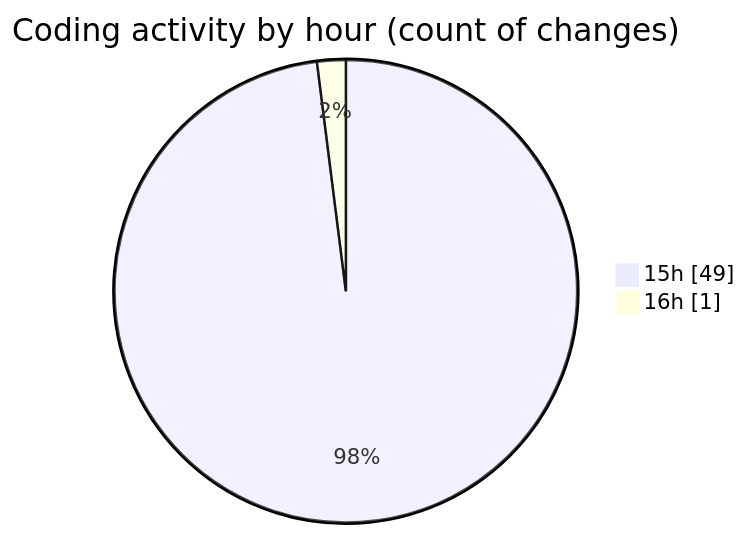
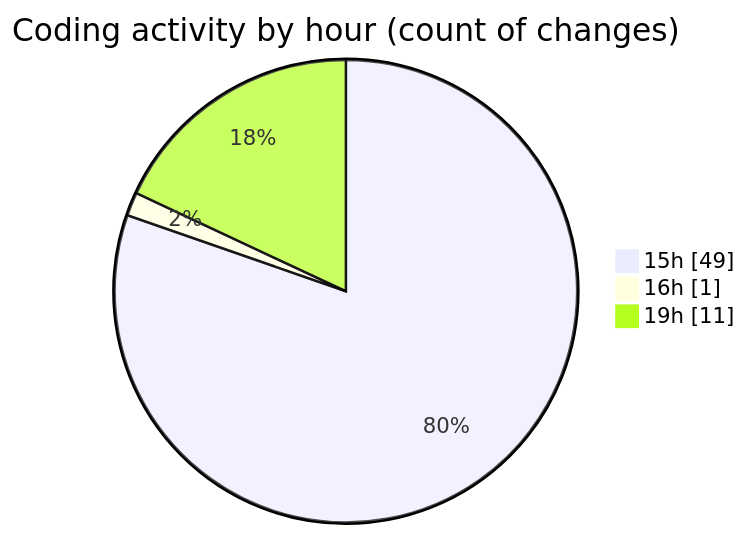
The second of 2 diagrams in 2025-04-07/sungpt/README.md (Elitesun/code-tracking), drawn with Mermaid before and after one commit. The commit also changed other lines of this file and 1 other file, not shown here.

````diff
--- a/2025-04-07/sungpt/README.md
+++ b/2025-04-07/sungpt/README.md
@@ -37,6 +37,7 @@
 ```mermaid
 pie showData
 title Coding activity by hour (count of changes)
 "15h" : 49
 "16h" : 1
+"19h" : 11
 ```
````
